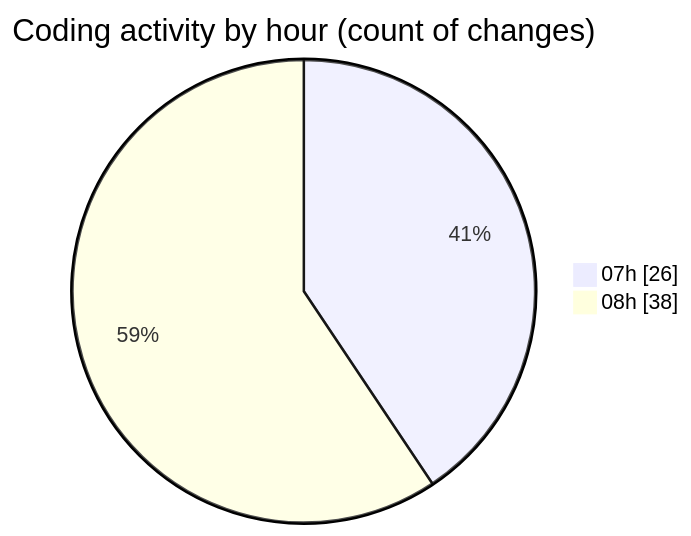
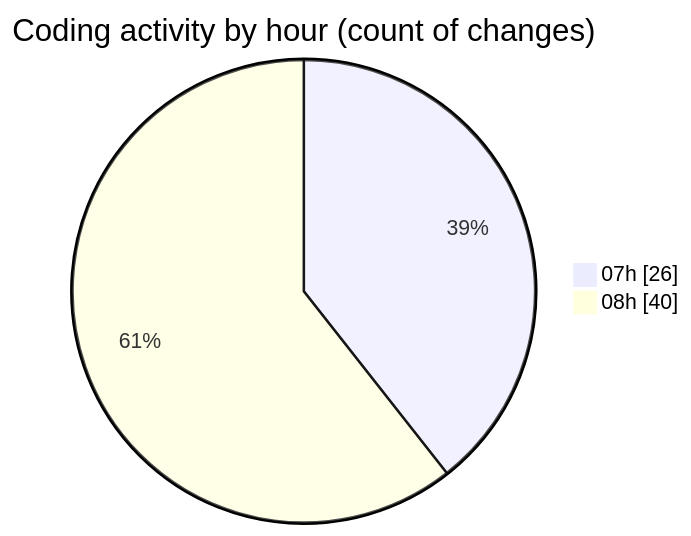
The second of 2 diagrams in 2025-10-04/shop/README.md (vahidmafi/code-tracking), drawn with Mermaid before and after one commit. The commit also changed other lines of this file and 1 other file, not shown here.

````diff
--- a/2025-10-04/shop/README.md
+++ b/2025-10-04/shop/README.md
@@ -45,6 +49,6 @@
 ```mermaid
 pie showData
 title Coding activity by hour (count of changes)
 "07h" : 26
-"08h" : 38
+"08h" : 40
 ```
````
